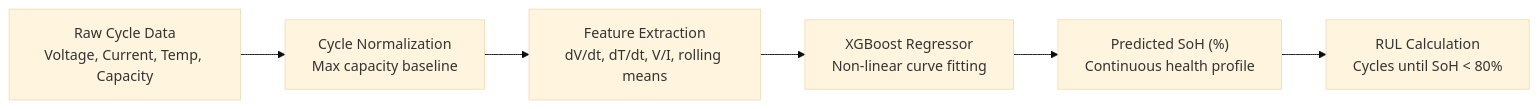
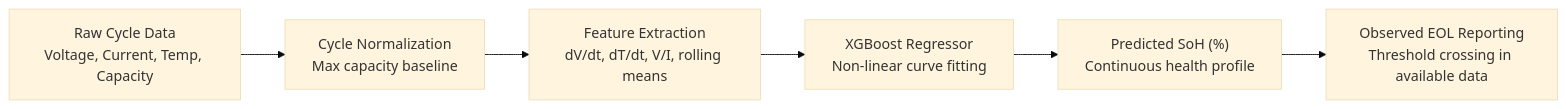
The second of 2 diagrams in docs/ARCHITECTURE.md (Baliji-Niroop/EV-Battery-Health-Predictor), drawn with Mermaid (base theme) before and after one commit. The commit also changed other lines of this file and 32 other files, not shown here.

````diff
--- a/docs/ARCHITECTURE.md
+++ b/docs/ARCHITECTURE.md
@@ -72,8 +72,8 @@
 ```mermaid
 flowchart LR
     A["Raw Cycle Data<br/>Voltage, Current, Temp, Capacity"] --> B["Cycle Normalization<br/>Max capacity baseline"]
     B --> C["Feature Extraction<br/>dV/dt, dT/dt, V/I, rolling means"]
     C --> D["XGBoost Regressor<br/>Non-linear curve fitting"]
     D --> E["Predicted SoH (%)<br/>Continuous health profile"]
-    E --> F["RUL Calculation<br/>Cycles until SoH < 80%"]
+    E --> F["Observed EOL Reporting<br/>Threshold crossing in available data"]
 ```
````
